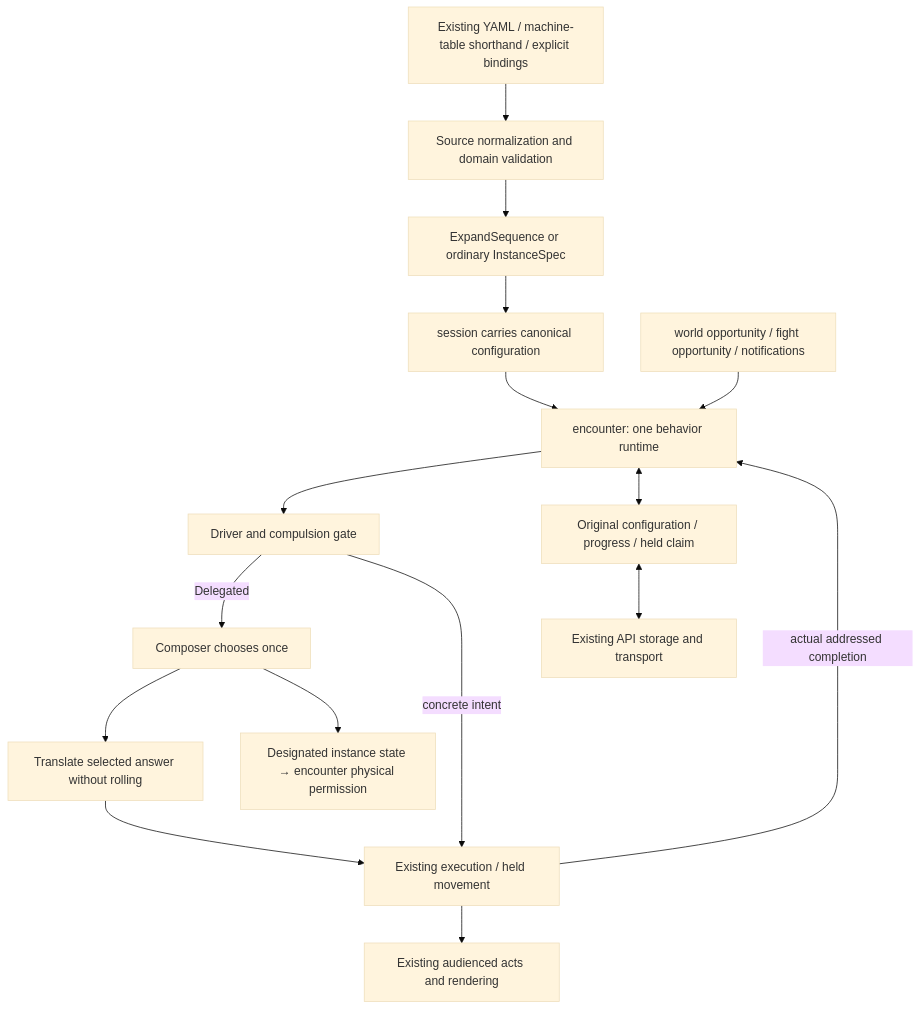
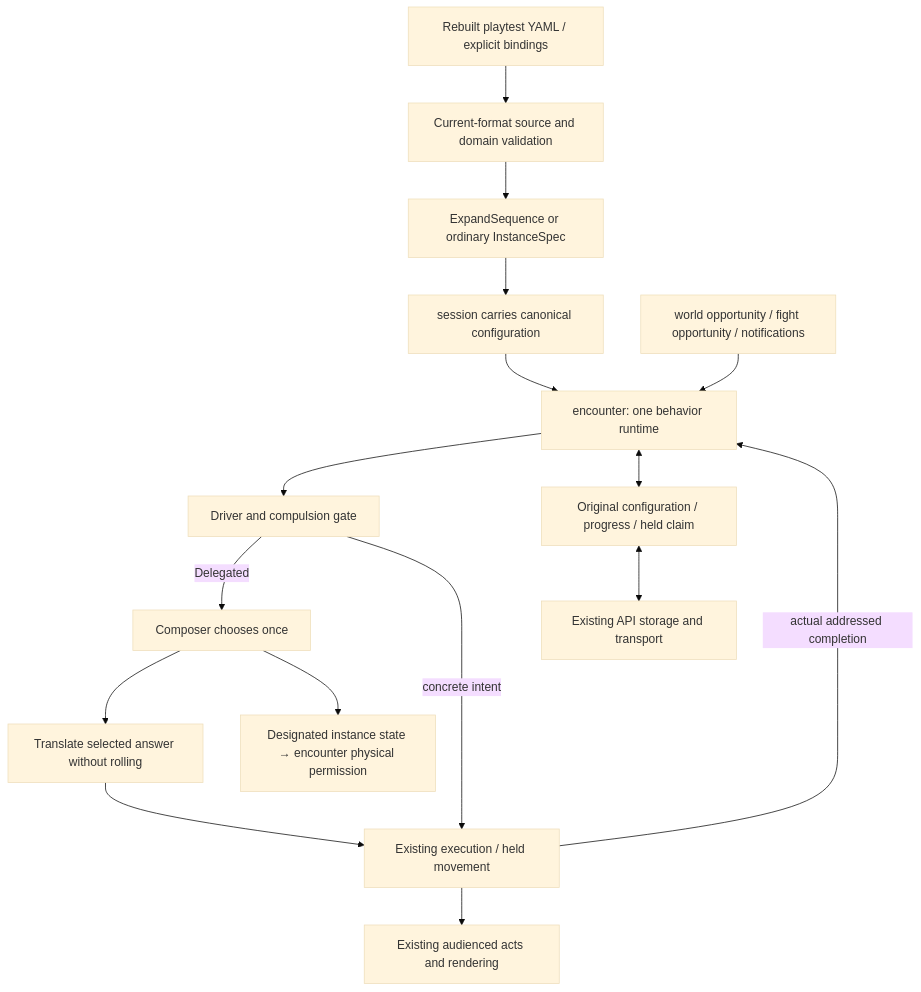
The diagram in ideas/behavior-bindings/consumer.md (KirkDiggler/rpg-project), drawn with Mermaid (base theme) before and after one commit. The commit also changed other lines of this file and 5 other files, not shown here.

First line of the commit message:
docs: target the new playtest format without compatibility machinery

````diff
--- a/ideas/behavior-bindings/consumer.md
+++ b/ideas/behavior-bindings/consumer.md
@@ -13,18 +13,18 @@
 ```mermaid
 flowchart TD
-    Source["Existing YAML / machine-table shorthand / explicit bindings"] --> Normalize["Source normalization and domain validation"]
+    Source["Rebuilt playtest YAML / explicit bindings"] --> Normalize["Current-format source and domain validation"]
     Normalize --> Expand["ExpandSequence or ordinary InstanceSpec"]
     Expand --> Launch["session carries canonical configuration"]
     Launch --> Actor["encounter: one behavior runtime"]
     Clock["world opportunity / fight opportunity / notifications"] --> Actor
     Actor --> Gate["Driver and compulsion gate"]
     Gate -->|Delegated| Compose["Composer chooses once"]
     Gate -->|concrete intent| Execute["Existing execution / held movement"]
     Compose --> Translate["Translate selected answer without rolling"]
     Translate --> Execute
     Compose --> Body["Designated instance state → encounter physical permission"]
     Execute -->|actual addressed completion| Actor
     Actor <--> Saved["Original configuration / progress / held claim"]
     Saved <--> API["Existing API storage and transport"]
     Execute --> View["Existing audienced acts and rendering"]
 ```
````
